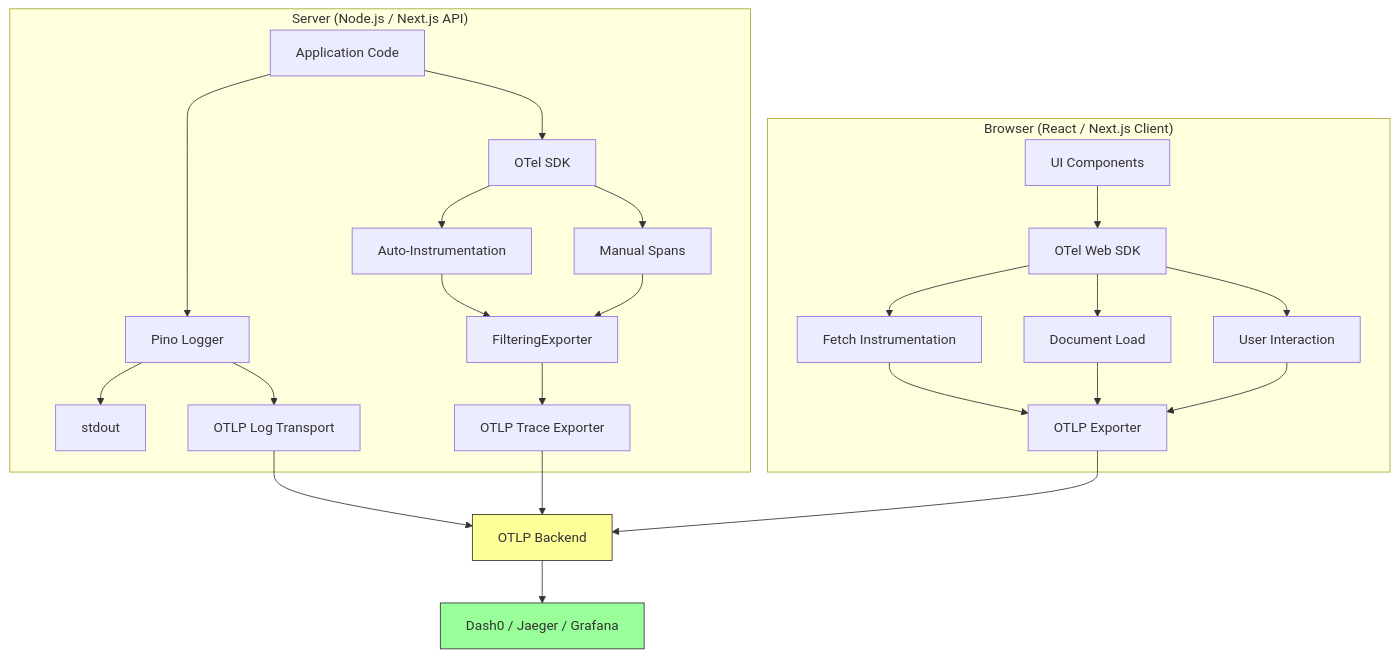
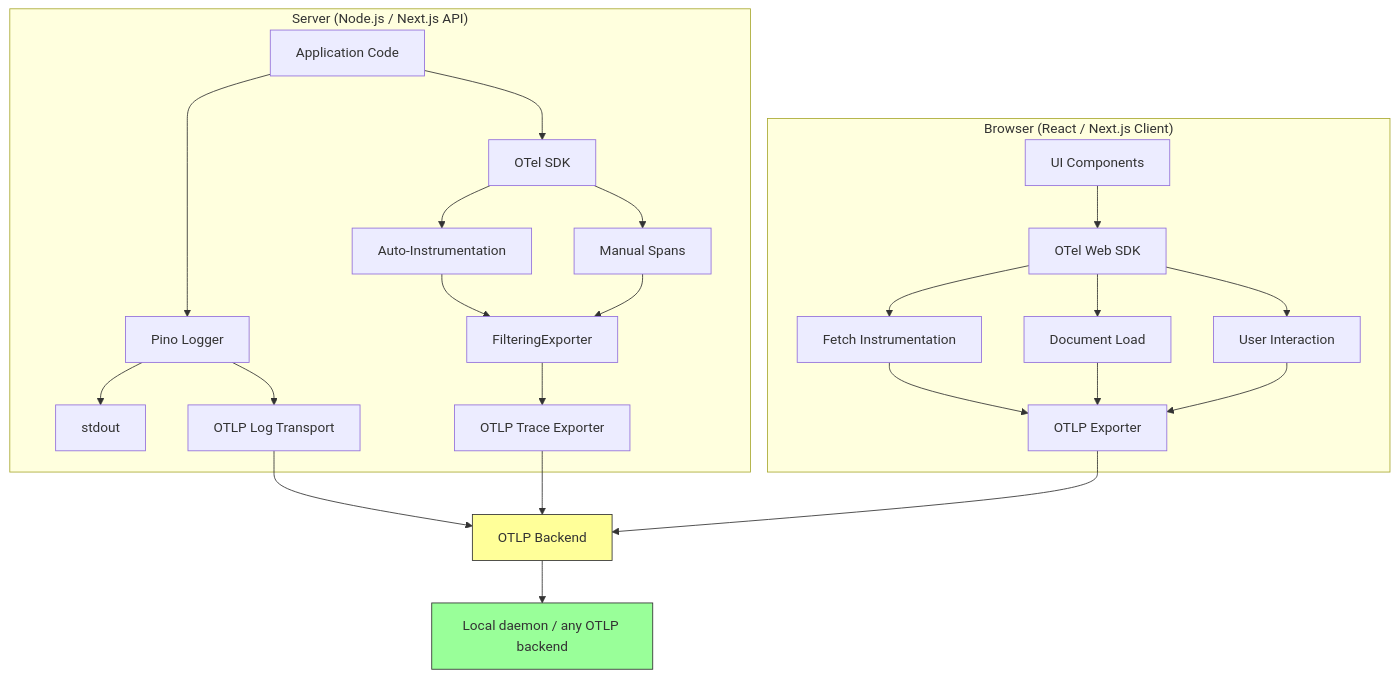
The diagram in apps/docs/src/reference/tools/otel.md (infinitedusky/indusk), drawn with Mermaid before and after one commit. The commit also changed other lines of this file, not shown here.

Commit message:
docs(indusk-mcp): the otel page sends an app to the local daemon, with no vendor and no standard port

````diff
--- a/apps/docs/src/reference/tools/otel.md
+++ b/apps/docs/src/reference/tools/otel.md
@@ -237,32 +237,32 @@
 ```mermaid
 flowchart TD
     subgraph Server["Server (Node.js / Next.js API)"]
         Code[Application Code] --> Pino[Pino Logger]
         Code --> OTel[OTel SDK]
         Pino --> stdout[stdout]
         Pino --> OTLP_logs[OTLP Log Transport]
         OTel --> Auto[Auto-Instrumentation]
         OTel --> Manual[Manual Spans]
         Auto --> Filter[FilteringExporter]
         Manual --> Filter
         Filter --> OTLP_traces[OTLP Trace Exporter]
     end
 
     subgraph Browser["Browser (React / Next.js Client)"]
         UI[UI Components] --> WebSDK[OTel Web SDK]
         WebSDK --> Fetch[Fetch Instrumentation]
         WebSDK --> DocLoad[Document Load]
         WebSDK --> UserInt[User Interaction]
         Fetch --> OTLP_browser[OTLP Exporter]
         DocLoad --> OTLP_browser
         UserInt --> OTLP_browser
     end
 
     OTLP_logs --> Backend[OTLP Backend]
     OTLP_traces --> Backend
     OTLP_browser --> Backend
-    Backend --> Dash0[Dash0 / Jaeger / Grafana]
+    Backend --> Daemon[Local daemon / any OTLP backend]
 
     style Backend fill:#ff9,stroke:#333
-    style Dash0 fill:#9f9,stroke:#333
+    style Daemon fill:#9f9,stroke:#333
 ```
````
